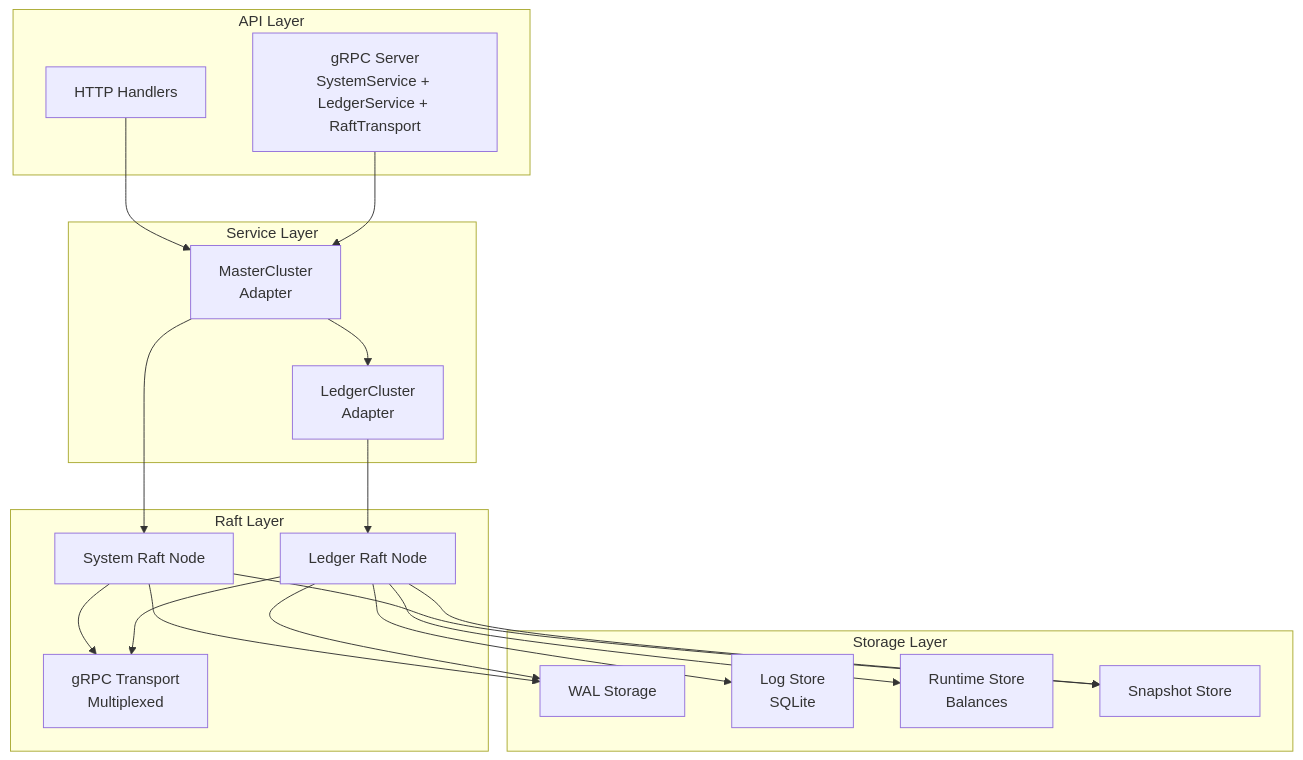
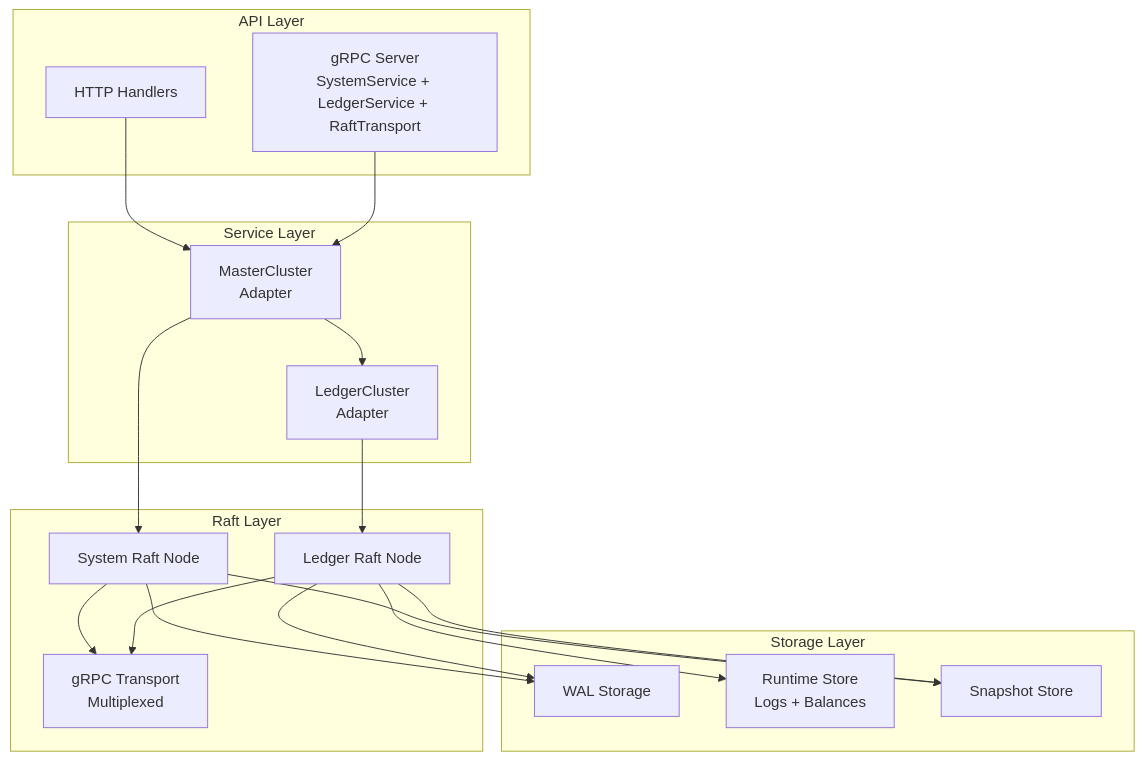
One commit to formancehq/ledger changed the second of 6 diagrams in docs/architecture.md. Above: the diagram before and after it, drawn with Mermaid. The commit also changed other lines of this file and 66 other files, not shown here.

````diff
--- a/docs/architecture.md
+++ b/docs/architecture.md
@@ -84,41 +84,39 @@
 ```mermaid
 graph TB
     subgraph "API Layer"
         HTTP[HTTP Handlers]
         GRPC[gRPC Server<br/>SystemService + LedgerService + RaftTransport]
     end
     
     subgraph "Service Layer"
         MasterCluster[MasterCluster<br/>Adapter]
         LedgerCluster[LedgerCluster<br/>Adapter]
     end
     
     subgraph "Raft Layer"
         SystemNode[System Raft Node]
         LedgerNode[Ledger Raft Node]
         Transport[gRPC Transport<br/>Multiplexed]
     end
     
     subgraph "Storage Layer"
         WAL[WAL Storage]
-        LogStore[Log Store<br/>SQLite]
-        RuntimeStore[Runtime Store<br/>Balances]
+        RuntimeStore[Runtime Store<br/>Logs + Balances]
         Snapshot[Snapshot Store]
     end
     
     HTTP --> MasterCluster
     GRPC --> MasterCluster
     MasterCluster --> SystemNode
     MasterCluster --> LedgerCluster
     LedgerCluster --> LedgerNode
     
     SystemNode --> Transport
     LedgerNode --> Transport
     
     SystemNode --> WAL
     LedgerNode --> WAL
-    LedgerNode --> LogStore
     LedgerNode --> RuntimeStore
     SystemNode --> Snapshot
     LedgerNode --> Snapshot
 ```
````
